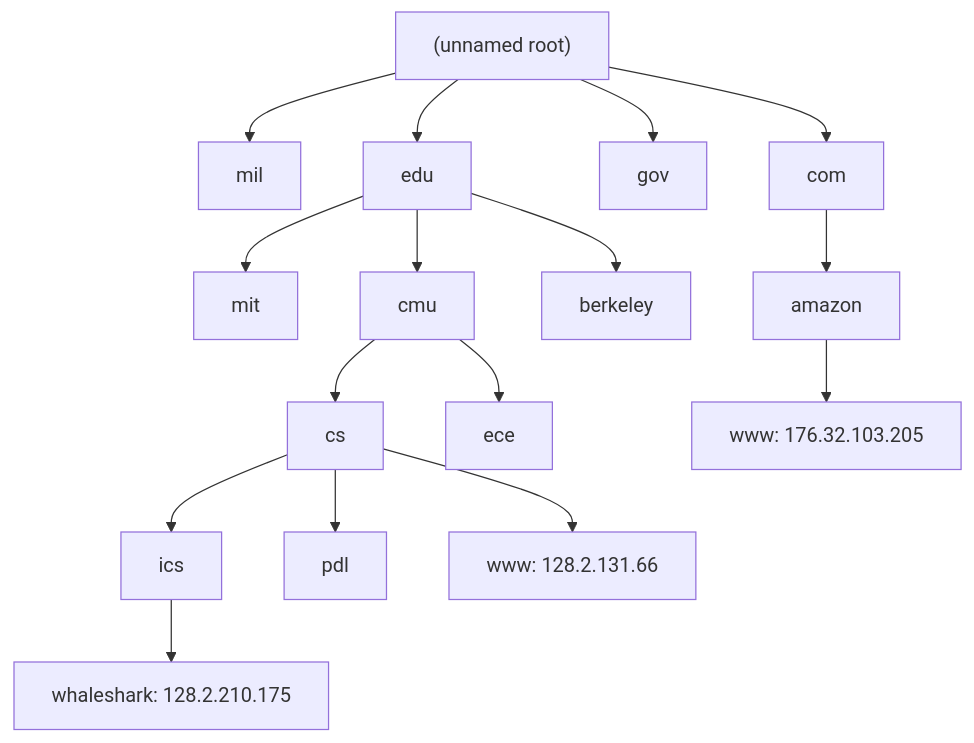
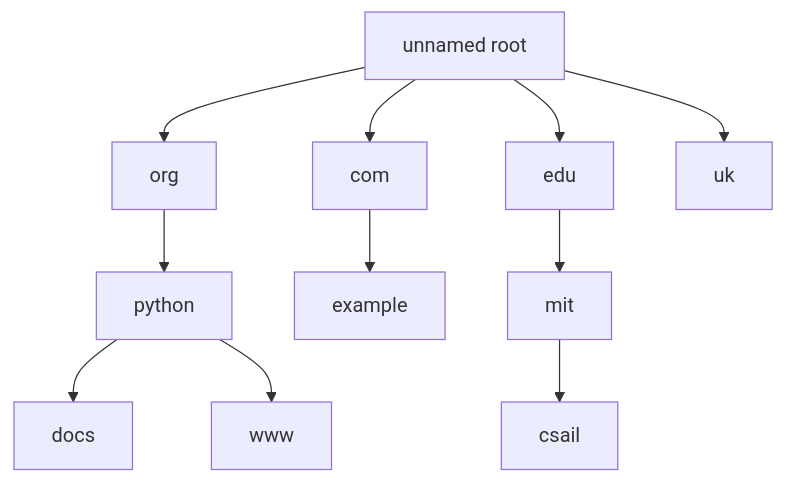
Before and after one commit to alvinnew100/grand-line-study-guide: the third of 4 diagrams in src/csapp/lessons/29-networks-ip.md, drawn with Mermaid. The commit also changed other lines of this file and 47 other files, not shown here.

````diff
--- a/src/csapp/lessons/29-networks-ip.md
+++ b/src/csapp/lessons/29-networks-ip.md
@@ -177,11 +202,13 @@
 ```mermaid
 graph TD
-  root["(unnamed root)"] --> mil & edu & gov & com
-  edu --> mit & cmu & berkeley
-  cmu --> cs & ece
-  cs --> ics & pdl
-  ics --> whaleshark["whaleshark: 128.2.210.175"]
-  cs --> www["www: 128.2.131.66"]
-  com --> amazon
-  amazon --> wwwa["www: 176.32.103.205"]
+    root[unnamed root] --> org
+    root --> com
+    root --> edu
+    root --> uk
+    org --> python
+    python --> docs
+    python --> www
+    com --> example
+    edu --> mit
+    mit --> csail
 ```
````
